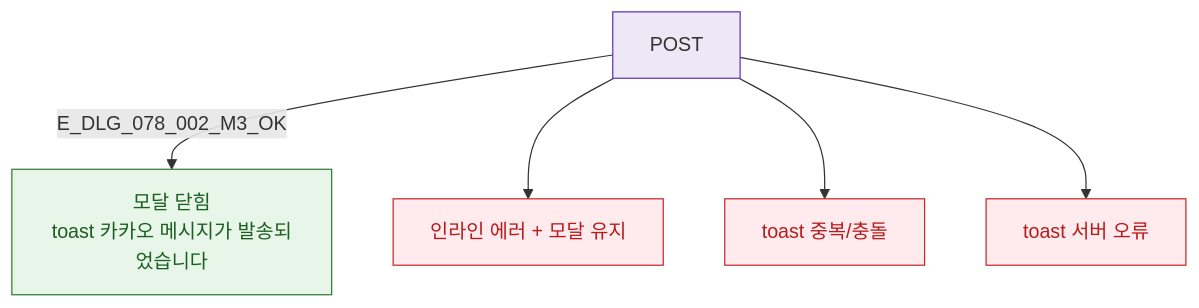
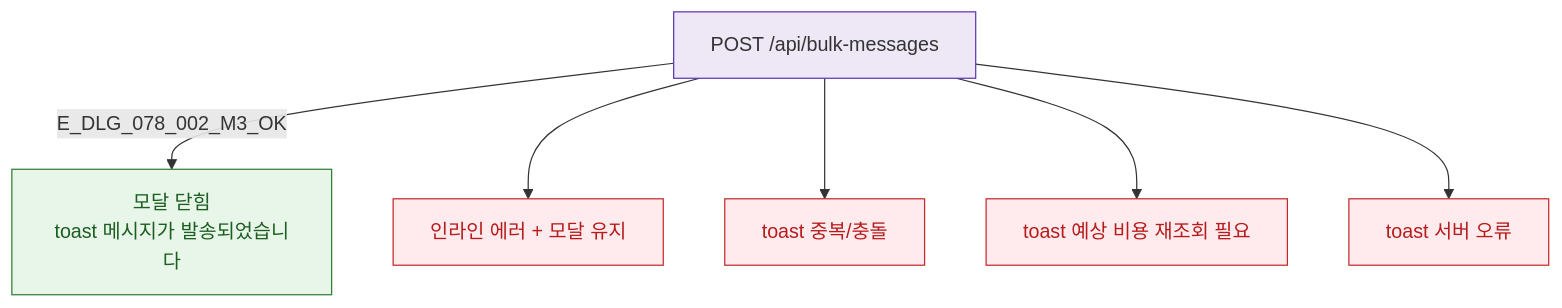
Before and after one commit to dev-spogym/admin-pando: the diagram in docs/admin/다이어그램/D08_마케팅/DLG/DLG-078-002/M3_결과분기.md, drawn with Mermaid. The commit also changed other lines of this file and 25 other files, not shown here.

````diff
--- a/docs/admin/다이어그램/D08_마케팅/DLG/DLG-078-002/M3_결과분기.md
+++ b/docs/admin/다이어그램/D08_마케팅/DLG/DLG-078-002/M3_결과분기.md
@@ -12,15 +12,16 @@
 ```mermaid
 flowchart TD
-  API[POST] -->|E_DLG_078_002_M3_OK|SUCCESS[모달 닫힘\ntoast 카카오 메시지가 발송되었습니다]
+  API[POST /api/bulk-messages] -->|E_DLG_078_002_M3_OK|SUCCESS[모달 닫힘\ntoast 메시지가 발송되었습니다]
   API --> ERR_400[인라인 에러 + 모달 유지]
   API --> ERR_409[toast 중복/충돌]
+  API --> ERR_412[toast 예상 비용 재조회 필요]
   API --> ERR_500[toast 서버 오류]
 
   classDef success fill:#E8F5E9,stroke:#2E7D32,color:#1B5E20
   classDef error fill:#FFEBEE,stroke:#C62828,color:#B71C1C
   classDef system fill:#EDE7F6,stroke:#5E35B2
 
   class SUCCESS success
-  class ERR_400,ERR_409,ERR_500 error
+  class ERR_400,ERR_409,ERR_412,ERR_500 error
   class API system
 ```
````
